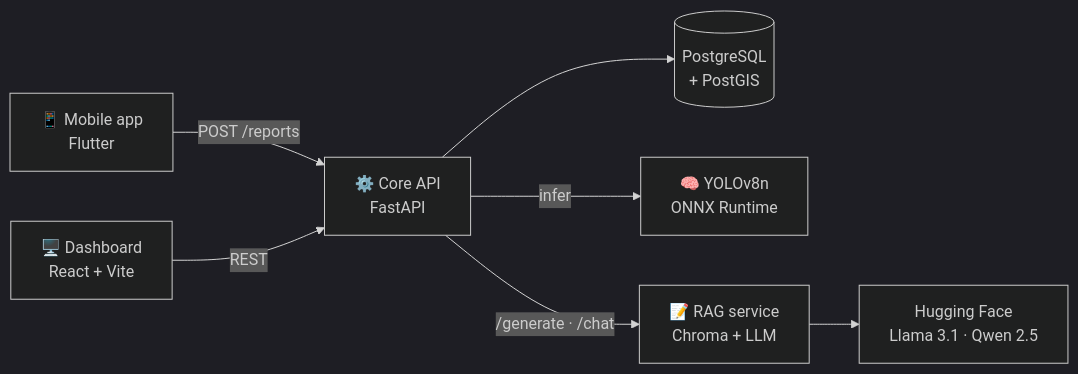
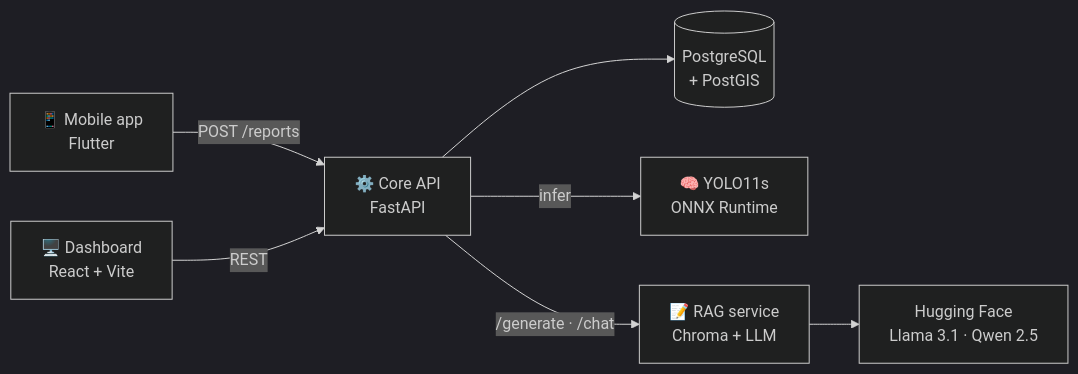
The diagram in README.md (AymenJeddou/Sabeel), drawn with Mermaid (dark theme) before and after one commit. The commit also changed other lines of this file and 9 other files, not shown here.

````diff
--- a/README.md
+++ b/README.md
@@ -95,9 +95,9 @@
 ```mermaid
 flowchart LR
     phone["📱 Mobile app<br/>Flutter"] -->|POST /reports| api
     web["🖥️ Dashboard<br/>React + Vite"] -->|REST| api
     api["⚙️ Core API<br/>FastAPI"] --> db[("PostgreSQL<br/>+ PostGIS")]
-    api -->|infer| vision["🧠 YOLOv8n<br/>ONNX Runtime"]
+    api -->|infer| vision["🧠 YOLO11s<br/>ONNX Runtime"]
     api -->|/generate · /chat| rag["📝 RAG service<br/>Chroma + LLM"]
     rag --> hf["Hugging Face<br/>Llama 3.1 · Qwen 2.5"]
 ```
````
